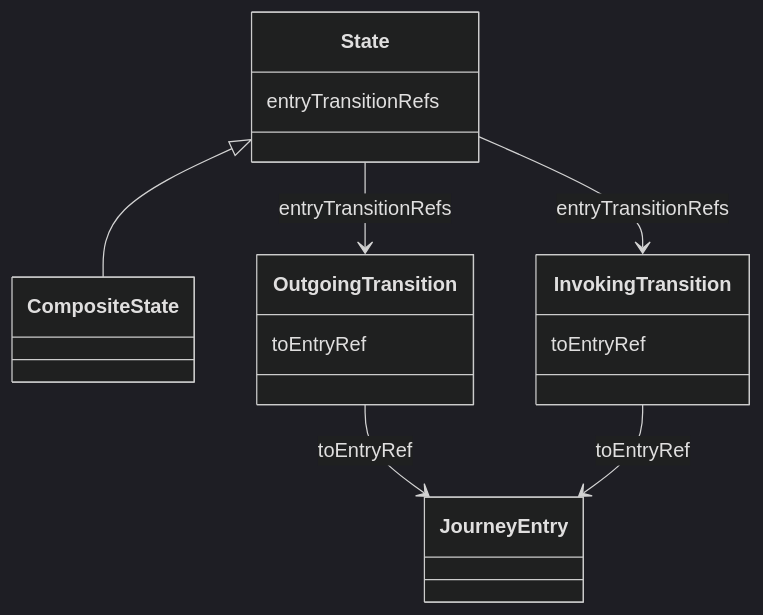
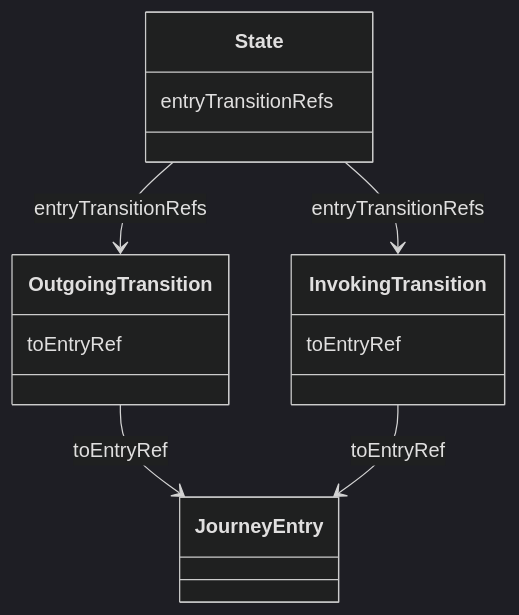
Before and after one commit to openuji/spec-ujg: the second of 12 diagrams in specs/ed/graph/index.md, drawn with Mermaid (dark theme). The commit also changed other lines of this file and 17 other files, not shown here.

````diff
--- a/specs/ed/graph/index.md
+++ b/specs/ed/graph/index.md
@@ -114,20 +109,18 @@
 ```mermaid
 classDiagram
   class State {
     entryTransitionRefs
   }
-  class CompositeState
   class OutgoingTransition {
     toEntryRef
   }
   class InvokingTransition {
     toEntryRef
   }
   class JourneyEntry
 
-  State <|-- CompositeState
   State --> OutgoingTransition : entryTransitionRefs
   State --> InvokingTransition : entryTransitionRefs
   OutgoingTransition --> JourneyEntry : toEntryRef
   InvokingTransition --> JourneyEntry : toEntryRef
 ```
````
